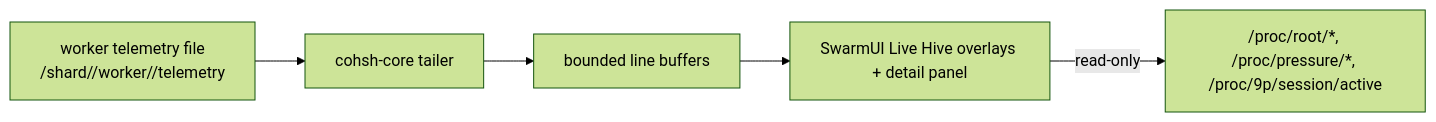
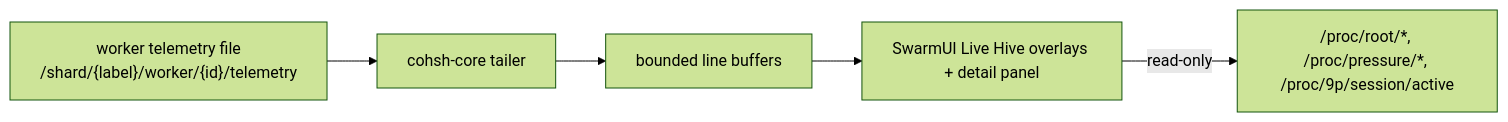
The fifth of 5 diagrams in docs/ARCHITECTURE.md (lukeb-aidev/cohesix), drawn with Mermaid (forest theme) before and after one commit. The commit also changed other lines of this file, not shown here.

Commit message:
docs: align architecture driver runtime model

````diff
--- a/docs/ARCHITECTURE.md
+++ b/docs/ARCHITECTURE.md
@@ -259,7 +300,7 @@
 ```mermaid
 flowchart LR
-  W["worker telemetry file\n/shard/<label>/worker/<id>/telemetry"] --> TAIL["cohsh-core tailer"]
+  W["worker telemetry file\n/shard/{label}/worker/{id}/telemetry"] --> TAIL["cohsh-core tailer"]
   TAIL --> BUF["bounded line buffers"]
   BUF --> UI["SwarmUI Live Hive overlays + detail panel"]
   UI -->|"read-only"| PROC["/proc/root/*, /proc/pressure/*, /proc/9p/session/active"]
 ```
````
